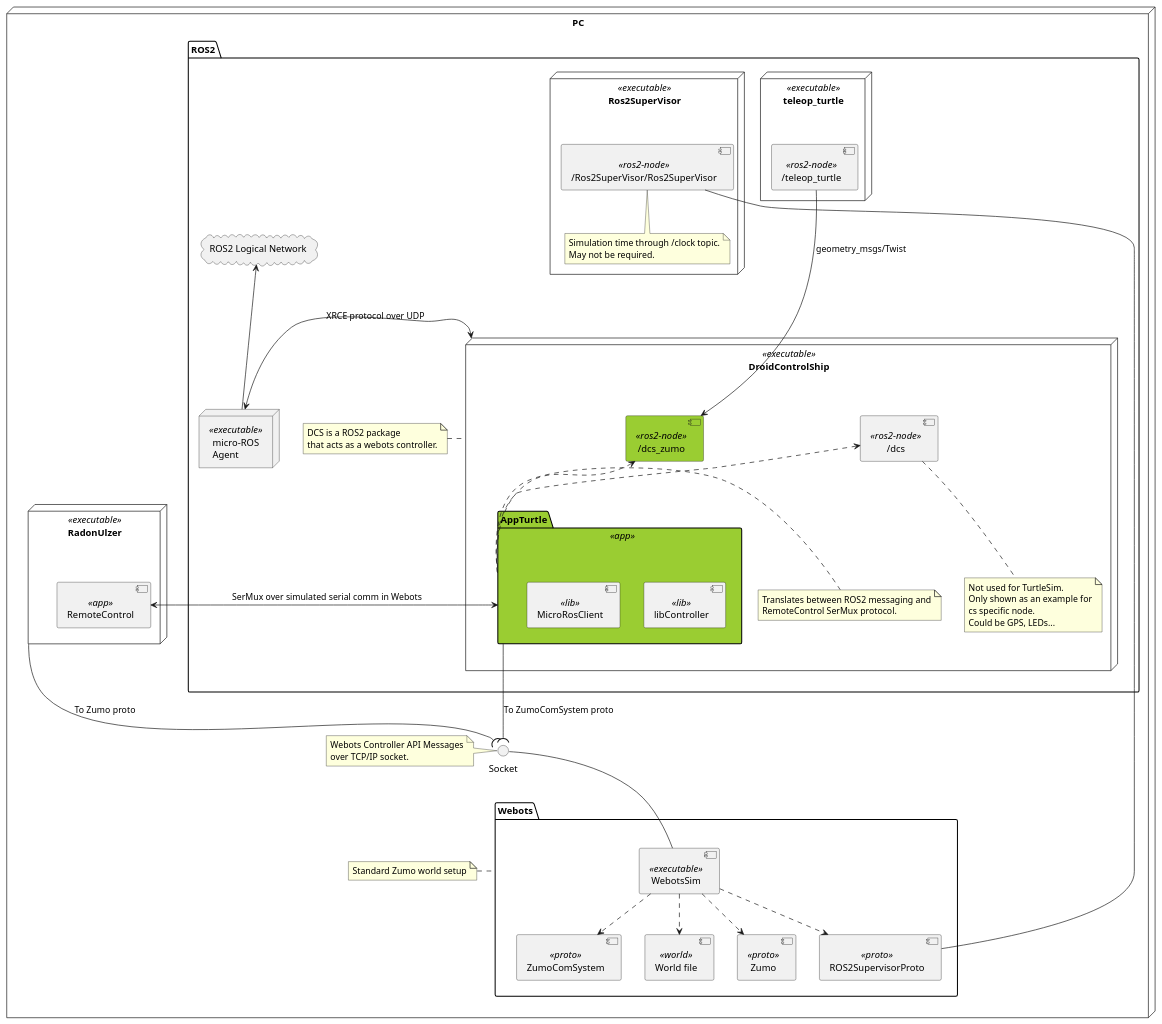
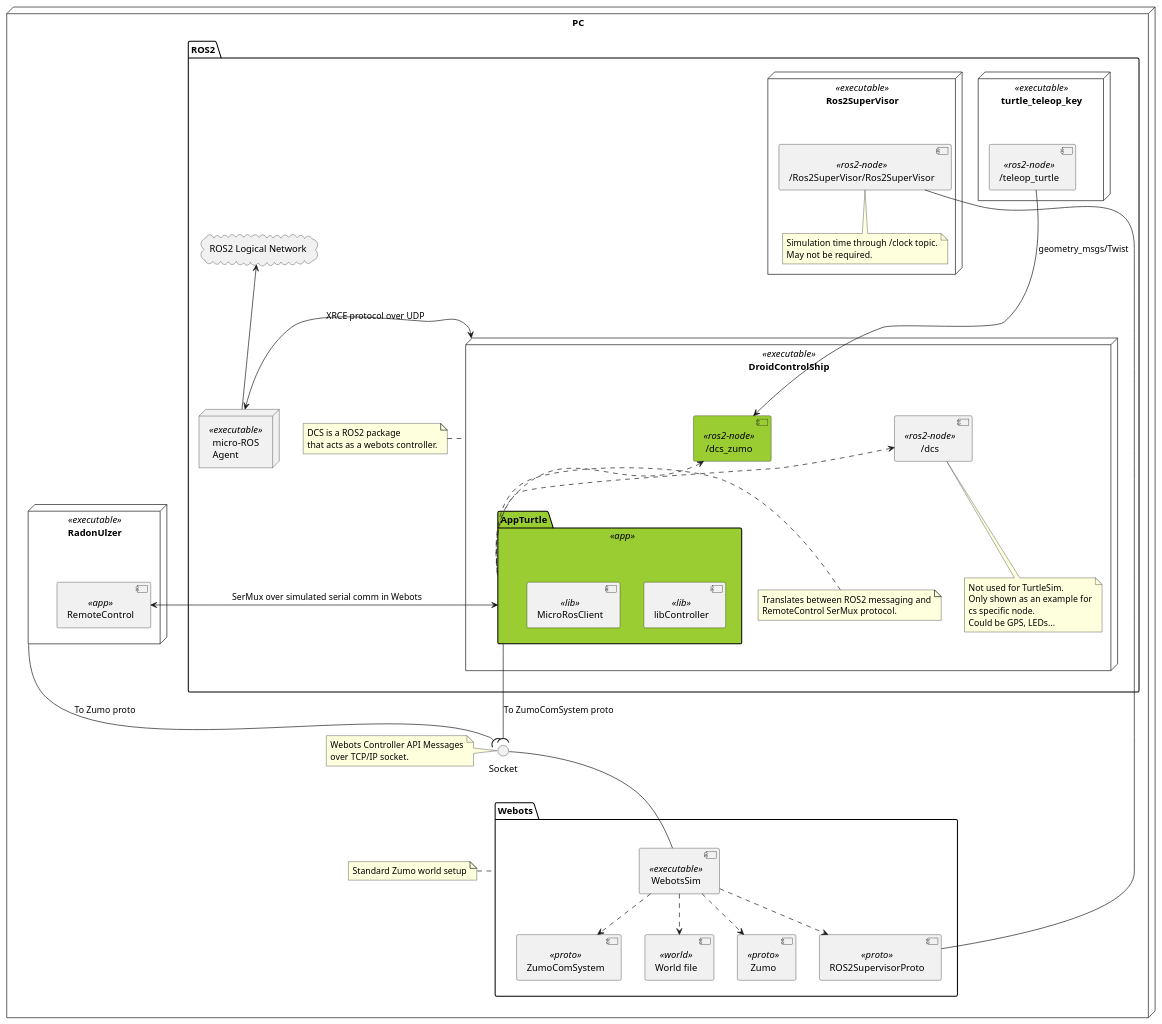
One commit to BlueAndi/DroidControlShip changed the diagram in doc/ROS2/uml/turtle_sim_webots.plantuml. Above: the diagram before and after it, drawn with PlantUML.

Commit message:
docs(ROS2): fix turtle_teleop_key exe name

```diff
--- a/doc/ROS2/uml/turtle_sim_webots.plantuml
+++ b/doc/ROS2/uml/turtle_sim_webots.plantuml
@@ -1,89 +1,89 @@
 @startuml TurtleSim for DCS
 
 node "PC" {
     package "Webots" {
         component "WebotsSim" <<executable>> as wbsim
         component "World file" <<world>> as world
         component "Zumo"  <<proto>> as wbZumoProto
         component "ZumoComSystem"  <<proto>> as wbDcsProto
         component "ROS2SupervisorProto" <<proto>> as wbRos2Proto
 
         wbsim ..> world
         wbsim ..> wbZumoProto
         wbsim ..> wbDcsProto
         wbsim ..> wbRos2Proto
     }
     note left of Webots
         Standard Zumo world setup
     end note
 
     package "ROS2" {
         cloud "ROS2 Logical Network" as ros2LogicalNetwork
 
-        node "teleop_turtle" <<executable>> as teleopTurtle {
+        node "turtle_teleop_key" <<executable>> as teleopTurtle {
             component "/teleop_turtle" <<ros2-node>> as teleopTurtleNode
         }
 
         node "Ros2SuperVisor" <<executable>> as wbSupervisorApp {
             component "/Ros2SuperVisor/Ros2SuperVisor" <<ros2-node>> as ros2SupervisorNode
             note bottom of ros2SupervisorNode
                 Simulation time through /clock topic.
                 May not be required.
             end note
         }
 
         node "DroidControlShip" <<executable>> as dcs {
             package "AppTurtle" <<app>> as turtleApp #YellowGreen {
                 component "libController" <<lib>>
                 component "MicroRosClient" <<lib>>
             }
             note left of turtleApp
                 Translates between ROS2 messaging and
                 RemoteControl SerMux protocol.
             end note
 
             component "/dcs" <<ros2-node>> as dcsNode
             note bottom of dcsNode
                 Not used for TurtleSim.
                 Only shown as an example for
                 cs specific node.
                 Could be GPS, LEDs...
             end note
 
             component "/dcs_zumo" <<ros2-node>> as dcs_zumo_node #YellowGreen
         }
         note left of dcs
             DCS is a ROS2 package
             that acts as a webots controller.
         end note
 
         node "micro-ROS\nAgent" <<executable>> as uRosAgent
 
         turtleApp .u.> dcsNode
         turtleApp .u.> dcs_zumo_node
 
         teleopTurtleNode ---> dcs_zumo_node : geometry_msgs/Twist
 
         uRosAgent -u-> ros2LogicalNetwork
         dcs <-> uRosAgent : \n\nXRCE protocol over UDP
     }
 
     node "RadonUlzer" <<executable>> as radonUlzer {
         component "RemoteControl" <<app>> as radonUlzerRcApp
     }
 
     interface Socket as iSocket
     note left of iSocket
         Webots Controller API Messages
         over TCP/IP socket.
     end note
 
     wbsim -u-() iSocket
     turtleApp --( iSocket : To ZumoComSystem proto
     radonUlzer --( iSocket : To Zumo proto
 
     turtleApp <-> radonUlzerRcApp : SerMux over simulated serial comm in Webots
 
     wbRos2Proto ---- ros2SupervisorNode
 
 @enduml
```
